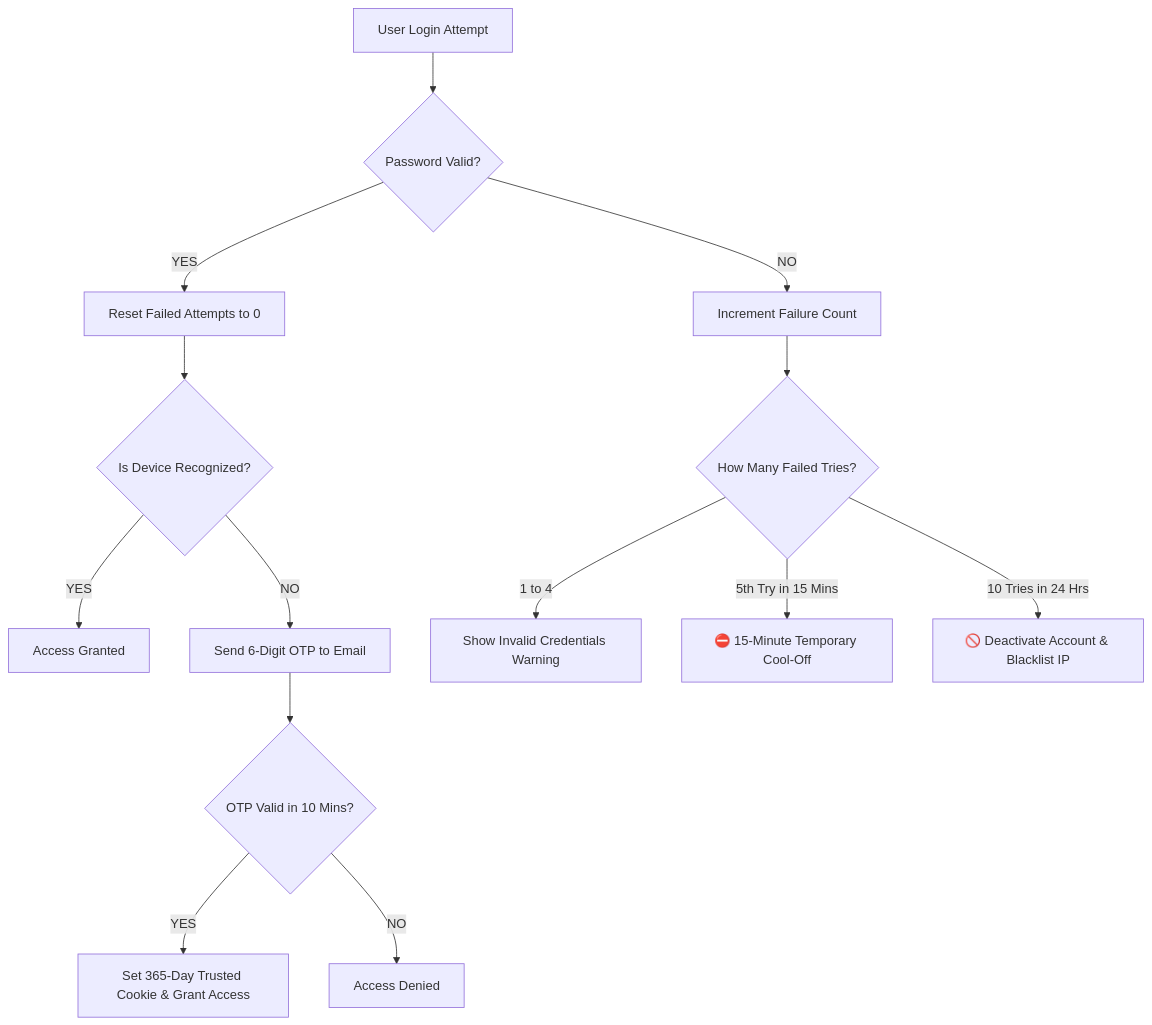
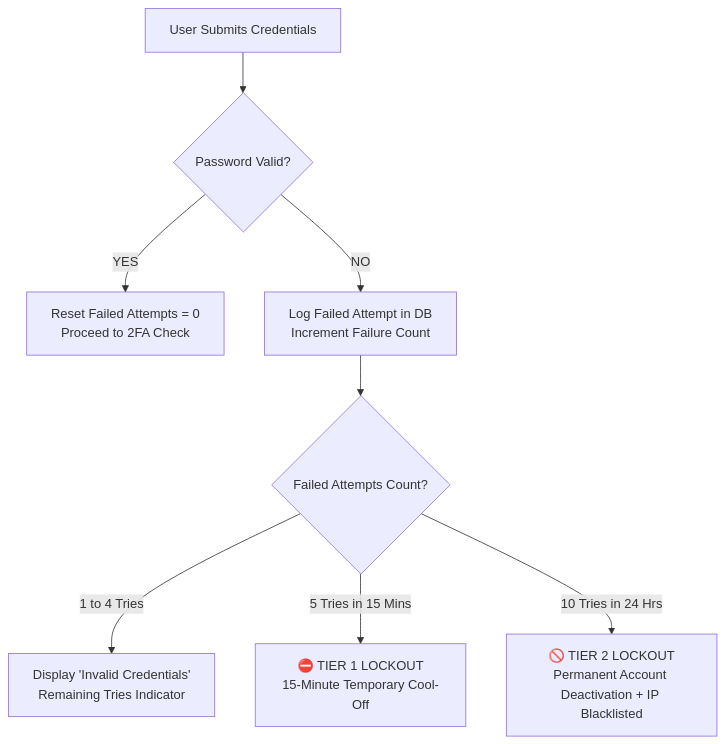
One commit to unknownmaintainer/e-TALA_for_Municipal_Engineering_Office changed the fifth of 11 diagrams in DOCUMENTATION_2.0.md. Above: the diagram before and after it, drawn with Mermaid. The commit also changed other lines of this file, not shown here.

Commit message:
docs: add comprehensive System Mechanics Encyclopedia (Section 6) covering lockouts, email relay, 30-day trash, 50MB uploads, and backups

````diff
--- a/DOCUMENTATION_2.0.md
+++ b/DOCUMENTATION_2.0.md
@@ -297,17 +264,10 @@
 ```mermaid
-graph TD
-    Start[User Login Attempt] --> Check{Password Valid?}
-    Check -->|YES| ResetCount[Reset Failed Attempts to 0]
-    ResetCount --> DevCheck{Is Device Recognized?}
-    DevCheck -->|YES| Grant[Access Granted]
-    DevCheck -->|NO| SendOTP[Send 6-Digit OTP to Email]
-    SendOTP --> VerifyOTP{OTP Valid in 10 Mins?}
-    VerifyOTP -->|YES| Trust[Set 365-Day Trusted Cookie & Grant Access]
-    VerifyOTP -->|NO| Deny[Access Denied]
-
-    Check -->|NO| Inc[Increment Failure Count]
-    Inc --> LockCheck{How Many Failed Tries?}
-    LockCheck -->|1 to 4| Warn[Show Invalid Credentials Warning]
-    LockCheck -->|5th Try in 15 Mins| CoolOff[⛔ 15-Minute Temporary Cool-Off]
-    LockCheck -->|10 Tries in 24 Hrs| PermLock[🚫 Deactivate Account & Blacklist IP]
+flowchart TD
+    A[User Submits Credentials] --> B{Password Valid?}
+    B -->|YES| C[Reset Failed Attempts = 0<br>Proceed to 2FA Check]
+    B -->|NO| D[Log Failed Attempt in DB<br>Increment Failure Count]
+    D --> E{Failed Attempts Count?}
+    E -->|1 to 4 Tries| F[Display 'Invalid Credentials'<br>Remaining Tries Indicator]
+    E -->|5 Tries in 15 Mins| G[⛔ TIER 1 LOCKOUT<br>15-Minute Temporary Cool-Off]
+    E -->|10 Tries in 24 Hrs| H[🚫 TIER 2 LOCKOUT<br>Permanent Account Deactivation + IP Blacklisted]
 ```
````
